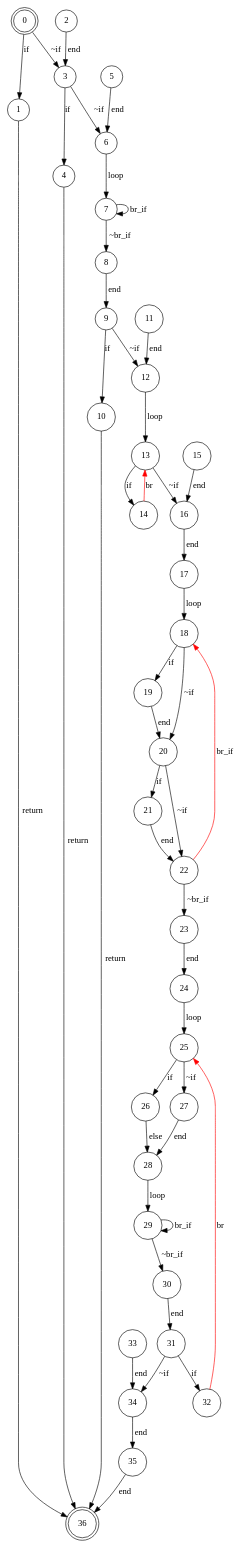
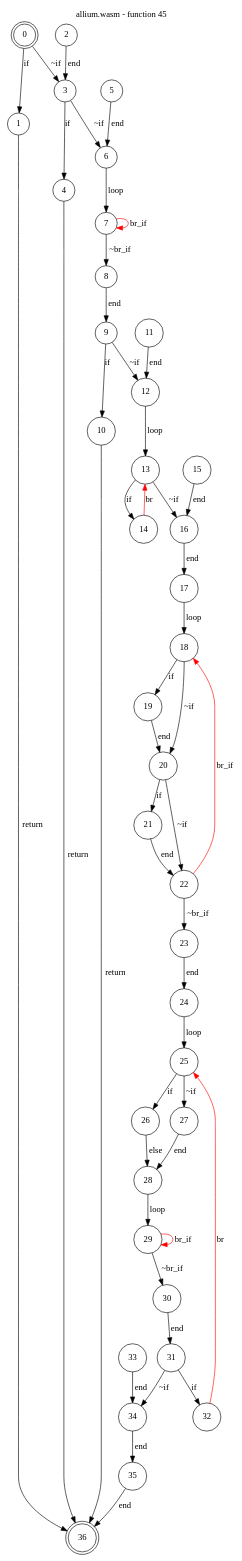
One commit to jsCarleton/wanalyze changed the diagram in test_cases/allium/funcs/allium-func45.dot. Above: the diagram before and after it, drawn with Graphviz. The commit also changed 2386 other files, not shown here.

```diff
--- a/test_cases/allium/funcs/allium-func45.dot
+++ b/test_cases/allium/funcs/allium-func45.dot
@@ -1,51 +1,56 @@
 digraph finite_state_machine {
+    label = "allium.wasm - function 45"
+    labelloc =  t
+    labelfontsize = 16
+    labelfontcolor = black
+    labelfontname = "Helvetica"
     node [shape = doublecircle]; 0 36;
     node [shape = circle];
     0 -> 1[label = "if"];
     0 -> 3[label = "~if"];
     1 -> 36[label = "return"];
     2 -> 3[label = "end"];
     3 -> 4[label = "if"];
     3 -> 6[label = "~if"];
     4 -> 36[label = "return"];
     5 -> 6[label = "end"];
     6 -> 7[label = "loop"];
     7 -> 8[label = "~br_if"];
-    7 -> 7[label = "br_if"];
+    7 -> 7[color="red" label = "br_if"];
     8 -> 9[label = "end"];
     9 -> 10[label = "if"];
     9 -> 12[label = "~if"];
     10 -> 36[label = "return"];
     11 -> 12[label = "end"];
     12 -> 13[label = "loop"];
     13 -> 14[label = "if"];
     13 -> 16[label = "~if"];
     14 -> 13[color="red" label = "br"];
     15 -> 16[label = "end"];
     16 -> 17[label = "end"];
     17 -> 18[label = "loop"];
     18 -> 19[label = "if"];
     18 -> 20[label = "~if"];
     19 -> 20[label = "end"];
     20 -> 21[label = "if"];
     20 -> 22[label = "~if"];
     21 -> 22[label = "end"];
     22 -> 23[label = "~br_if"];
     22 -> 18[color="red" label = "br_if"];
     23 -> 24[label = "end"];
     24 -> 25[label = "loop"];
     25 -> 26[label = "if"];
     25 -> 27[label = "~if"];
     26 -> 28[label = "else"];
     27 -> 28[label = "end"];
     28 -> 29[label = "loop"];
     29 -> 30[label = "~br_if"];
-    29 -> 29[label = "br_if"];
+    29 -> 29[color="red" label = "br_if"];
     30 -> 31[label = "end"];
     31 -> 32[label = "if"];
     31 -> 34[label = "~if"];
     32 -> 25[color="red" label = "br"];
     33 -> 34[label = "end"];
     34 -> 35[label = "end"];
     35 -> 36[label = "end"];
 }
```
